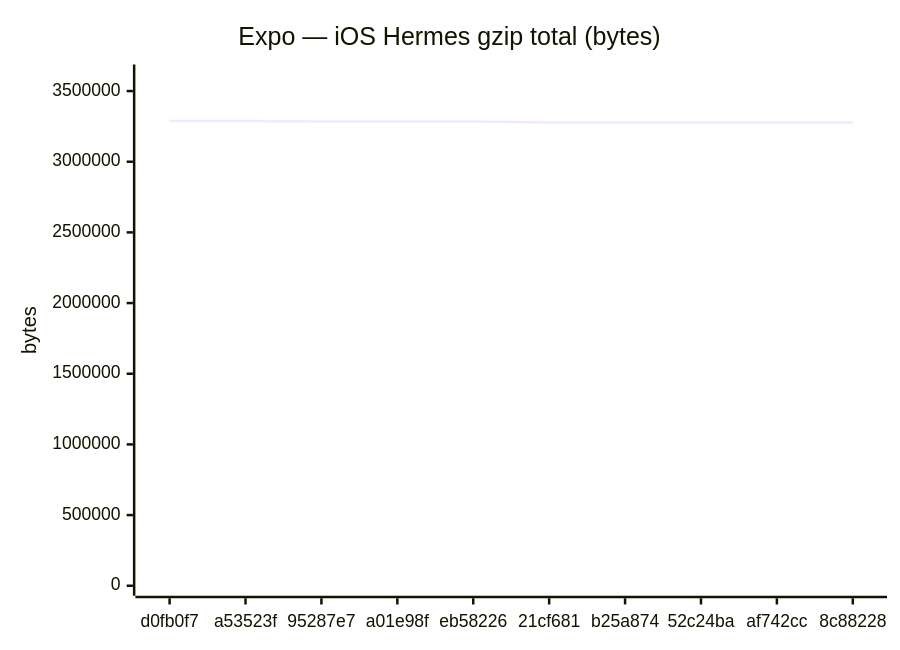
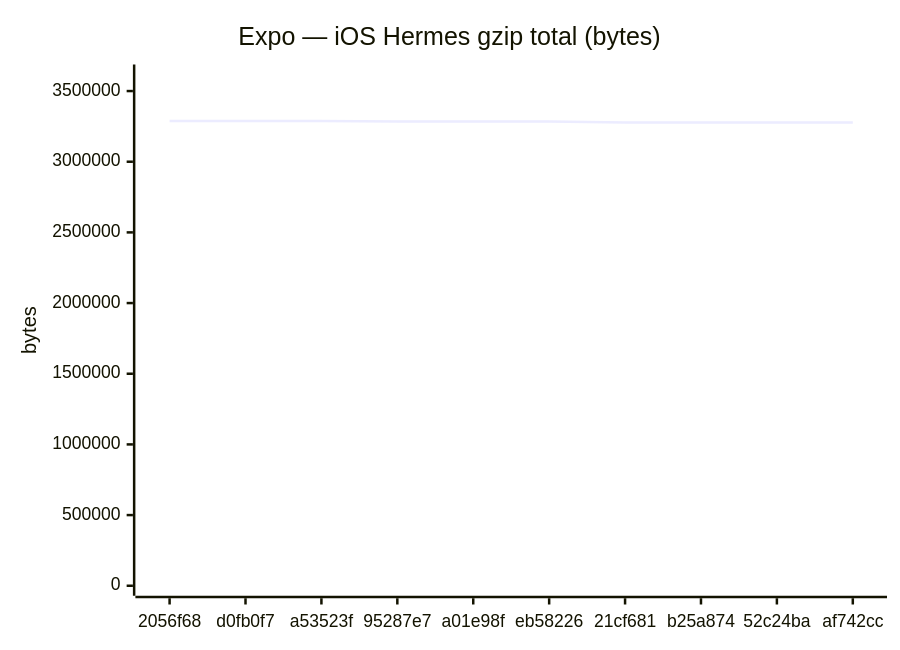
The sixth of 18 diagrams in benchmarks/compare.md (Metaheurist/Rianell), drawn with Mermaid before and after one commit. The commit also changed other lines of this file and 11 other files, not shown here.

````diff
--- a/benchmarks/compare.md
+++ b/benchmarks/compare.md
@@ -96,7 +96,7 @@
 ```mermaid
 xychart-beta
     title "Expo — iOS Hermes gzip total (bytes)"
-    x-axis ["d0fb0f7", "a53523f", "95287e7", "a01e98f", "eb58226", "21cf681", "b25a874", "52c24ba", "af742cc", "8c88228"]
+    x-axis ["2056f68", "d0fb0f7", "a53523f", "95287e7", "a01e98f", "eb58226", "21cf681", "b25a874", "52c24ba", "af742cc"]
     y-axis "bytes" 0 --> 3617100
-    line [3288272, 3288270, 3283767, 3283770, 3283769, 3278198, 3278199, 3278191, 3278197, 3277689]
+    line [3288270, 3288272, 3288270, 3283767, 3283770, 3283769, 3278198, 3278199, 3278191, 3278197]
 ```
````
